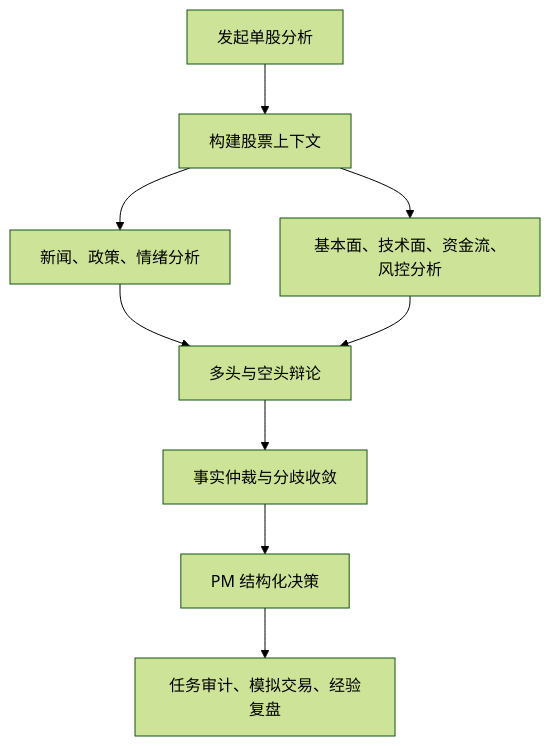
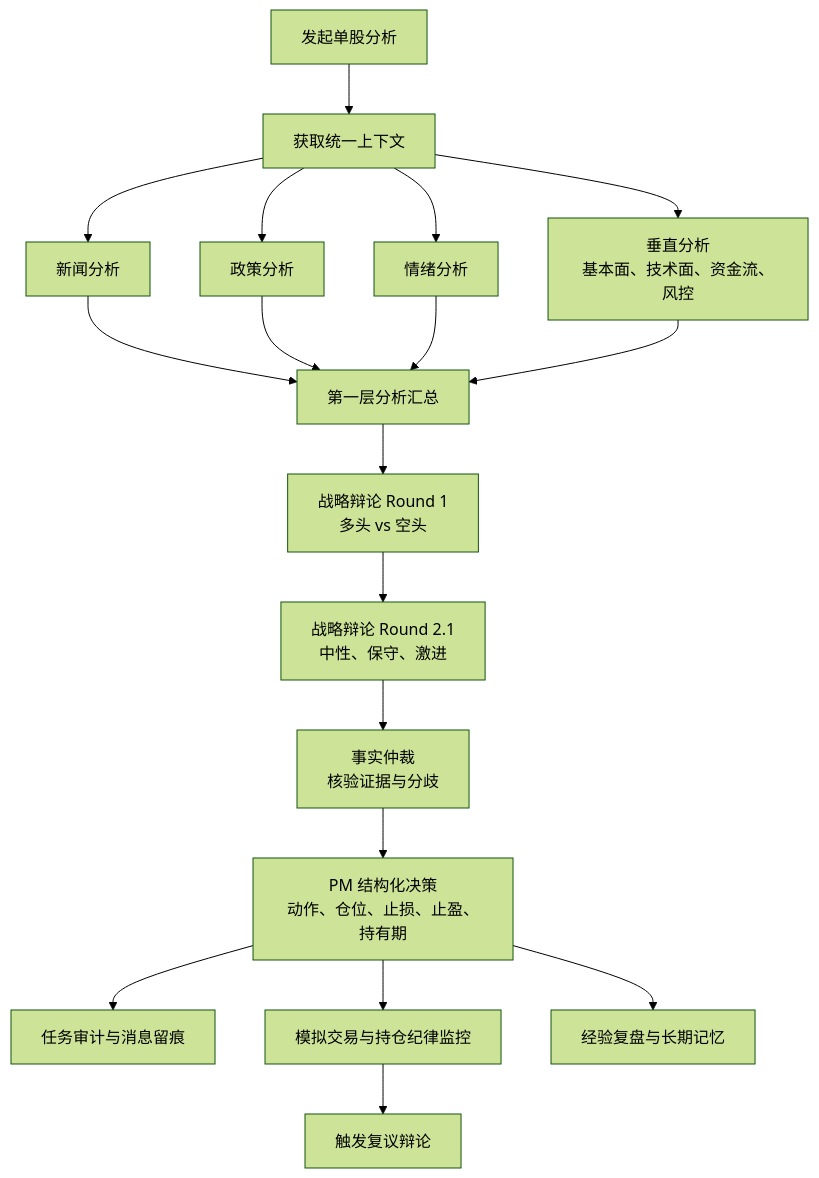
The diagram in docs/feature-introductions/01-ai-debate-pm-decision.md (MarvekG/BestAITrader), drawn with Mermaid (forest theme) before and after one commit. The commit also changed other lines of this file and 15 other files, not shown here.

````diff
--- a/docs/feature-introductions/01-ai-debate-pm-decision.md
+++ b/docs/feature-introductions/01-ai-debate-pm-decision.md
@@ -25,11 +25,23 @@
 ```mermaid
 flowchart TD
-    A["发起单股分析"] --> B["构建股票上下文"]
-    B --> C["新闻、政策、情绪分析"]
-    B --> D["基本面、技术面、资金流、风控分析"]
-    C --> E["多头与空头辩论"]
-    D --> E
-    E --> F["事实仲裁与分歧收敛"]
-    F --> G["PM 结构化决策"]
-    G --> H["任务审计、模拟交易、经验复盘"]
+    A["发起单股分析"] --> B["获取统一上下文"]
+
+    B --> C1["新闻分析"]
+    B --> C2["政策分析"]
+    B --> C3["情绪分析"]
+    B --> C4["垂直分析<br/>基本面、技术面、资金流、风控"]
+
+    C1 --> D["第一层分析汇总"]
+    C2 --> D
+    C3 --> D
+    C4 --> D
+
+    D --> E["战略辩论 Round 1<br/>多头 vs 空头"]
+    E --> F["战略辩论 Round 2.1<br/>中性、保守、激进"]
+    F --> G["事实仲裁<br/>核验证据与分歧"]
+    G --> H["PM 结构化决策<br/>动作、仓位、止损、止盈、持有期"]
+    H --> I["任务审计与消息留痕"]
+    H --> J["模拟交易与持仓纪律监控"]
+    J --> K["触发复议辩论"]
+    H --> L["经验复盘与长期记忆"]
 ```
````
